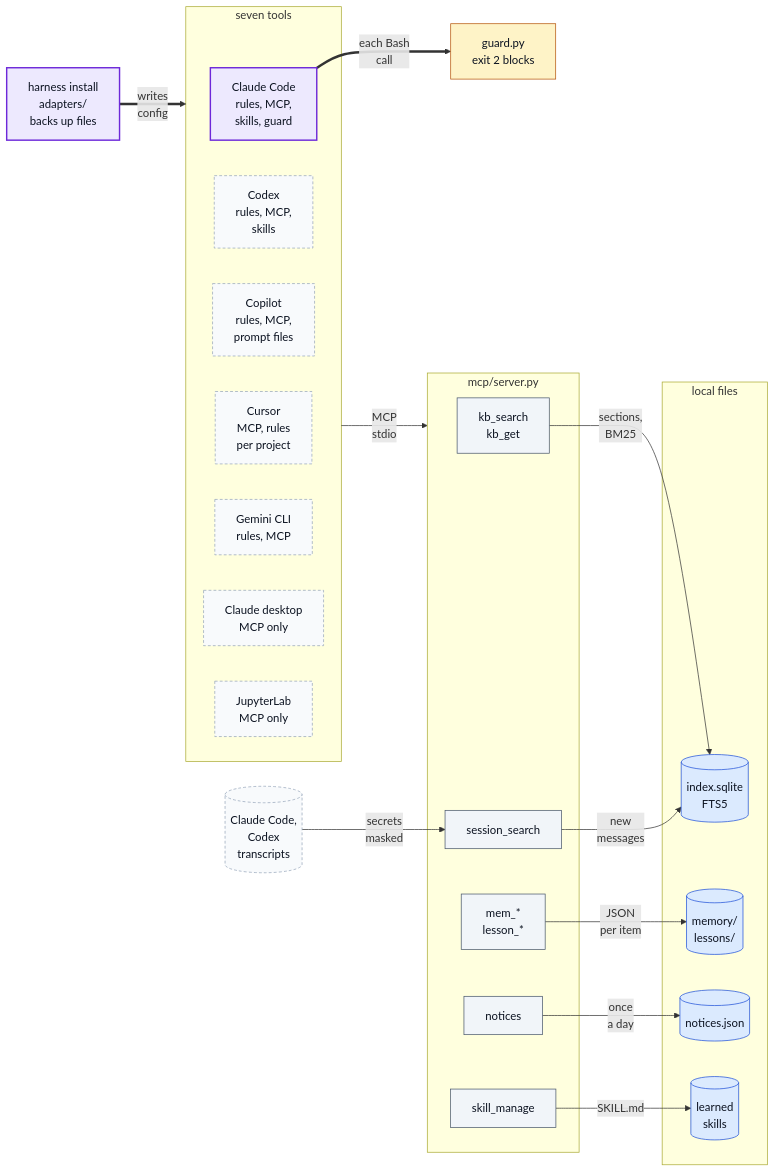
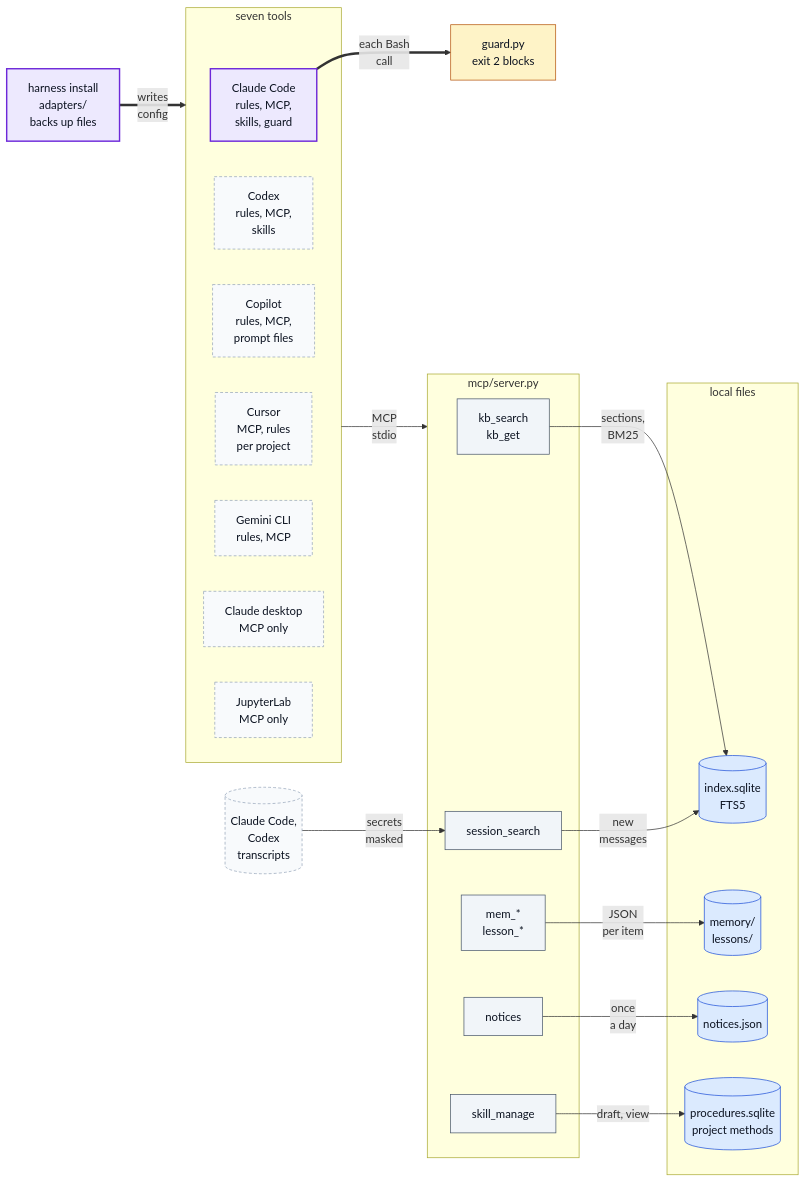
One commit to oscar-chw/agent-harness changed the first of 2 diagrams in README.md. Above: the diagram before and after it, drawn with Mermaid. The commit also changed other lines of this file and 4 other files, not shown here.

````diff
--- a/README.md
+++ b/README.md
@@ -21,50 +21,50 @@
 ```mermaid
 flowchart LR
     INSTALL["harness install<br/>adapters/<br/>backs up files"]
     subgraph tools["seven tools"]
         CC["Claude Code<br/>rules, MCP,<br/>skills, guard"]
         CX["Codex<br/>rules, MCP,<br/>skills"]
         CP["Copilot<br/>rules, MCP,<br/>prompt files"]
         CU["Cursor<br/>MCP, rules<br/>per project"]
         GM["Gemini CLI<br/>rules, MCP"]
         CD["Claude desktop<br/>MCP only"]
         JP["JupyterLab<br/>MCP only"]
     end
     GUARD["guard.py<br/>exit 2 blocks"]
     subgraph srv["mcp/server.py"]
         KB["kb_search<br/>kb_get"]
         SS["session_search"]
         MEM["mem_*<br/>lesson_*"]
         NT["notices"]
         SM["skill_manage"]
     end
     subgraph store["local files"]
         IDX[("index.sqlite<br/>FTS5")]
         MJ[("memory/<br/>lessons/")]
         NJ[("notices.json")]
-        LRN[("learned<br/>skills")]
+        LRN[("procedures.sqlite<br/>project methods")]
     end
     TR[("Claude Code,<br/>Codex<br/>transcripts")]
 
     INSTALL == "writes<br/>config" ==> tools
     CC == "each Bash<br/>call" ==> GUARD
     tools -- "MCP<br/>stdio" --> srv
     KB -- "sections,<br/>BM25" --> IDX
     SS -- "new<br/>messages" --> IDX
     TR -- "secrets<br/>masked" --> SS
     MEM -- "JSON<br/>per item" --> MJ
     NT -- "once<br/>a day" --> NJ
-    SM -- "SKILL.md" --> LRN
+    SM -- "draft, view" --> LRN
 
     classDef data fill:#dbeafe,stroke:#1d4ed8,color:#0b1220
     classDef step fill:#f1f5f9,stroke:#475569,color:#0b1220
     classDef gate fill:#fef3c7,stroke:#b45309,color:#0b1220
     classDef ext  fill:#f8fafc,stroke:#94a3b8,color:#0b1220,stroke-dasharray:4 3
     classDef key  fill:#ede9fe,stroke:#6d28d9,color:#0b1220,stroke-width:2px
     class IDX,MJ,NJ,LRN data
     class KB,MEM,SS,SM,NT step
     class CX,CP,CU,GM,CD,JP ext
     class TR ext
     class INSTALL,CC key
     class GUARD gate
 ```
````
